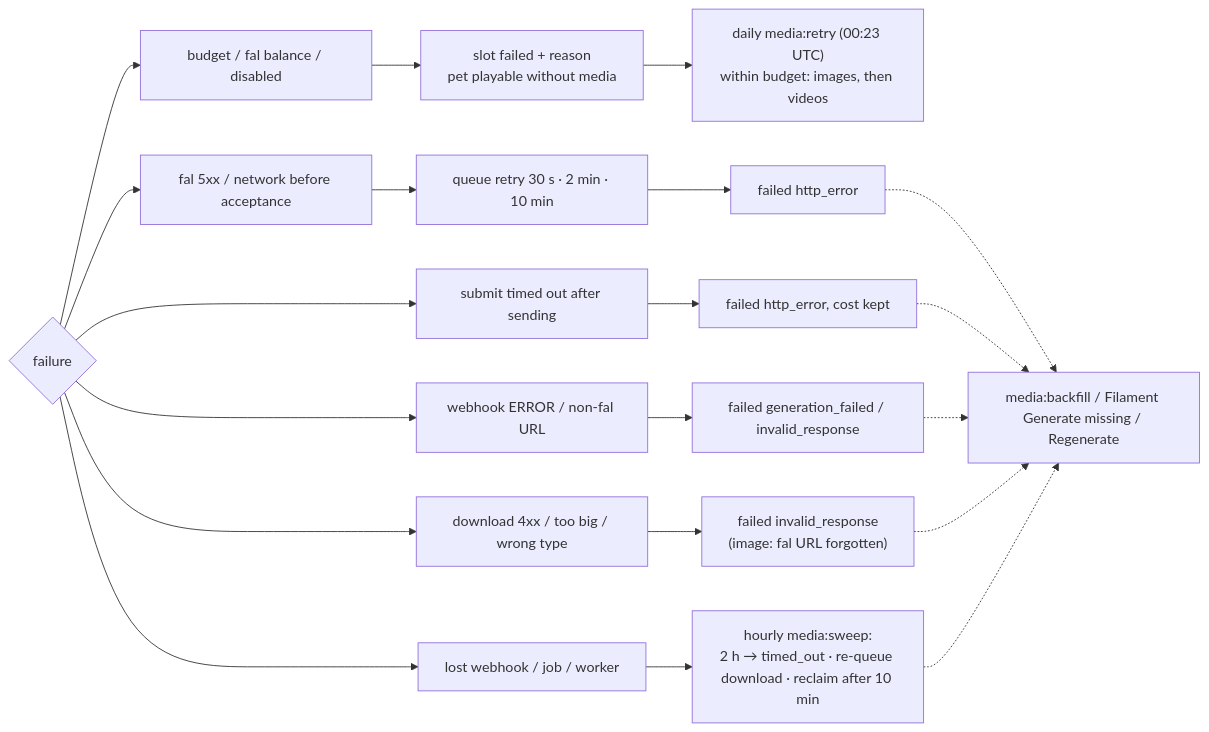
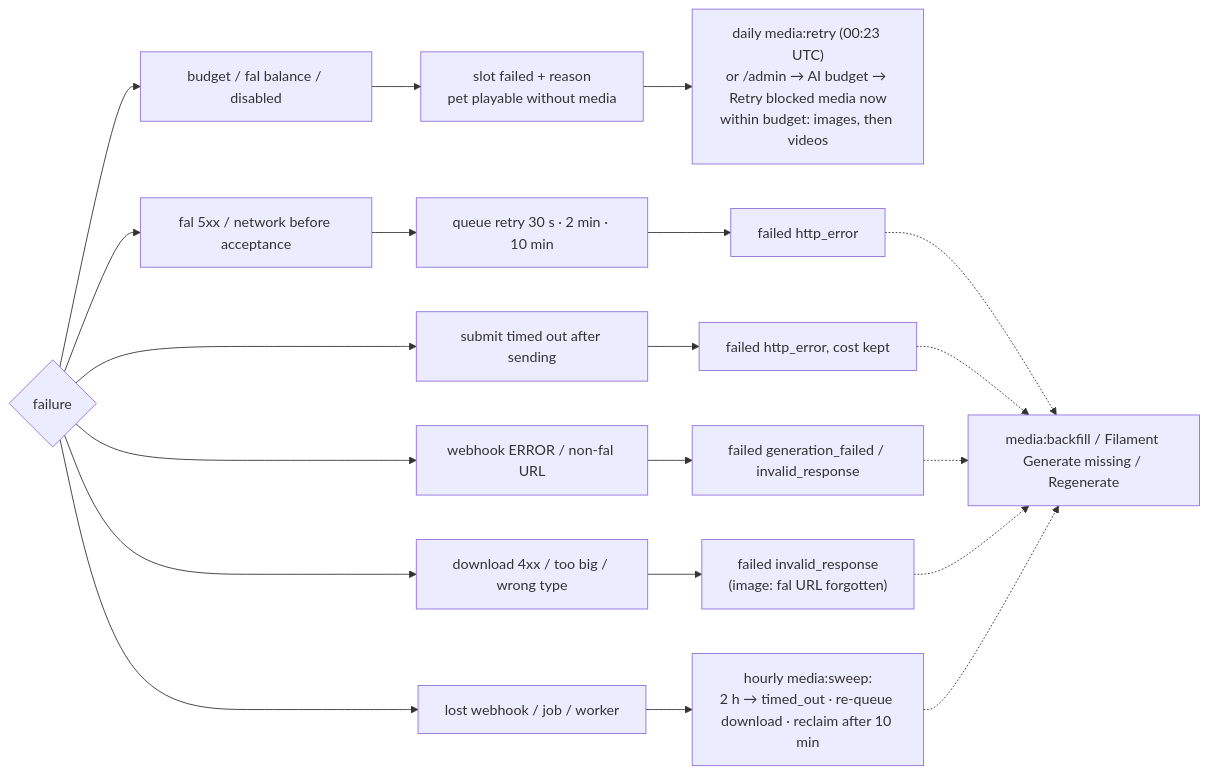
Before and after one commit to DataVallis/pet-prep: diagram 40 of 60 in docs/engineering/DIAGRAMS.md, drawn with Mermaid. The commit also changed other lines of this file and 12 other files, not shown here.

````diff
--- a/docs/engineering/DIAGRAMS.md
+++ b/docs/engineering/DIAGRAMS.md
@@ -1305,10 +1305,10 @@
 ```mermaid
 flowchart LR
-  F{"failure"} --> B["budget / fal balance / disabled"] --> BF["slot failed + reason<br/>pet playable without media"] --> RT["daily media:retry (00:23 UTC)<br/>within budget: images, then videos"]
+  F{"failure"} --> B["budget / fal balance / disabled"] --> BF["slot failed + reason<br/>pet playable without media"] --> RT["daily media:retry (00:23 UTC)<br/>or /admin → AI budget → Retry blocked media now<br/>within budget: images, then videos"]
   F --> N["fal 5xx / network before acceptance"] --> QR["queue retry 30 s · 2 min · 10 min"] --> GF["failed http_error"]
   F --> T["submit timed out after sending"] --> TK["failed http_error, cost kept"]
   F --> E["webhook ERROR / non-fal URL"] --> EF["failed generation_failed / invalid_response"]
   F --> D["download 4xx / too big / wrong type"] --> DF["failed invalid_response<br/>(image: fal URL forgotten)"]
   F --> L["lost webhook / job / worker"] --> SW["hourly media:sweep:<br/>2 h → timed_out · re-queue download · reclaim after 10 min"]
   GF & TK & EF & DF & SW -.-> AD["media:backfill / Filament Generate missing / Regenerate"]
 ```
````
